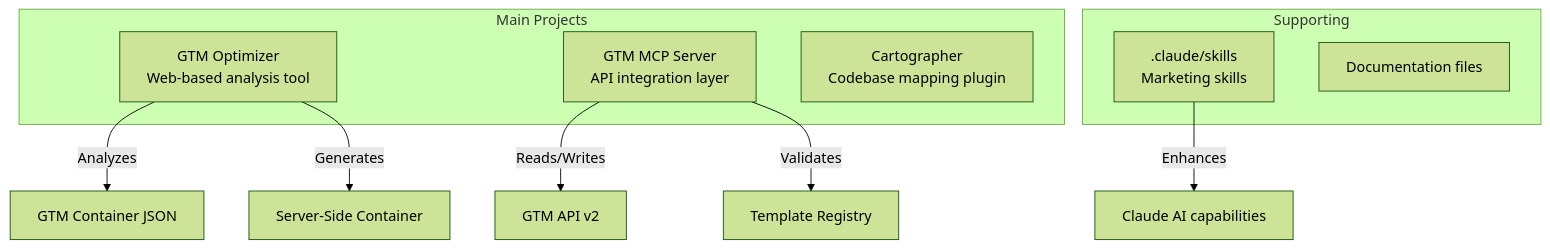
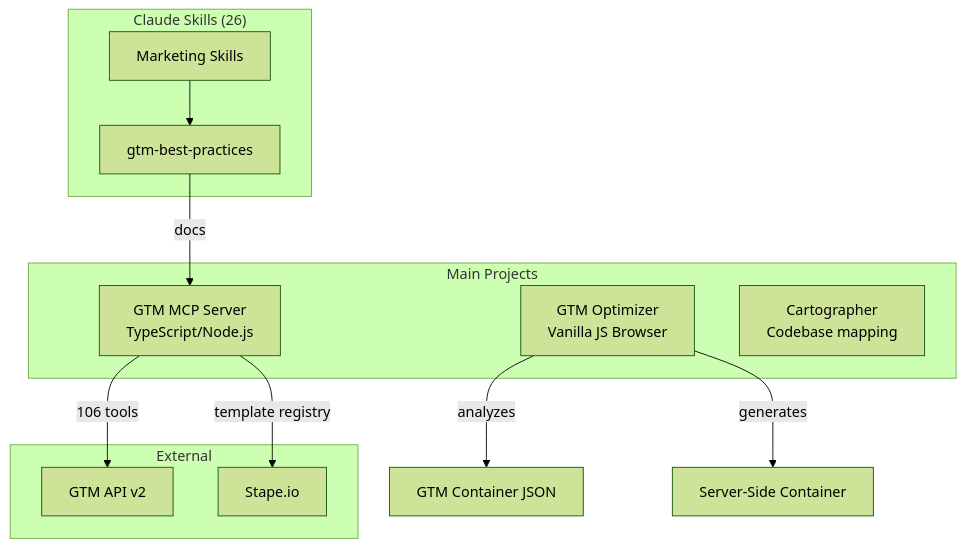
One commit to banana-orama/Google-Tag-Manager-Hilfe changed the first of 3 diagrams in docs/CODEBASE_MAP.md. Above: the diagram before and after it, drawn with Mermaid (forest theme). The commit also changed other lines of this file and 1 other file, not shown here.

First line of the commit message:
Update codebase map with cartographer analysis

````diff
--- a/docs/CODEBASE_MAP.md
+++ b/docs/CODEBASE_MAP.md
@@ -15,19 +15,25 @@
 ```mermaid
 graph TB
     subgraph "Main Projects"
-        GTM_OPT[GTM Optimizer<br/>Web-based analysis tool]
-        GTM_MCP[GTM MCP Server<br/>API integration layer]
-        CART[Cartographer<br/>Codebase mapping plugin]
+        GTM_MCP[GTM MCP Server<br/>TypeScript/Node.js]
+        GTM_OPT[GTM Optimizer<br/>Vanilla JS Browser]
+        CART[Cartographer<br/>Codebase mapping]
     end
 
-    subgraph "Supporting"
-        CLAUDE[.claude/skills<br/>Marketing skills]
-        DOCS[Documentation files]
+    subgraph "Claude Skills (26)"
+        SKILLS[Marketing Skills]
+        GTM_SKILL[gtm-best-practices]
     end
 
-    GTM_OPT -->|Analyzes| GTM_JSON[GTM Container JSON]
-    GTM_OPT -->|Generates| SSG[Server-Side Container]
-    GTM_MCP -->|Reads/Writes| GTM_API[GTM API v2]
-    GTM_MCP -->|Validates| REGISTRY[Template Registry]
-    CLAUDE -->|Enhances| CLAUDE_AI[Claude AI capabilities]
+    subgraph "External"
+        GTM_API[GTM API v2]
+        STAPE[Stape.io]
+    end
+
+    GTM_MCP -->|106 tools| GTM_API
+    GTM_MCP -->|template registry| STAPE
+    GTM_OPT -->|analyzes| JSON[GTM Container JSON]
+    GTM_OPT -->|generates| SSG[Server-Side Container]
+    SKILLS --> GTM_SKILL
+    GTM_SKILL -->|docs| GTM_MCP
 ```
````
